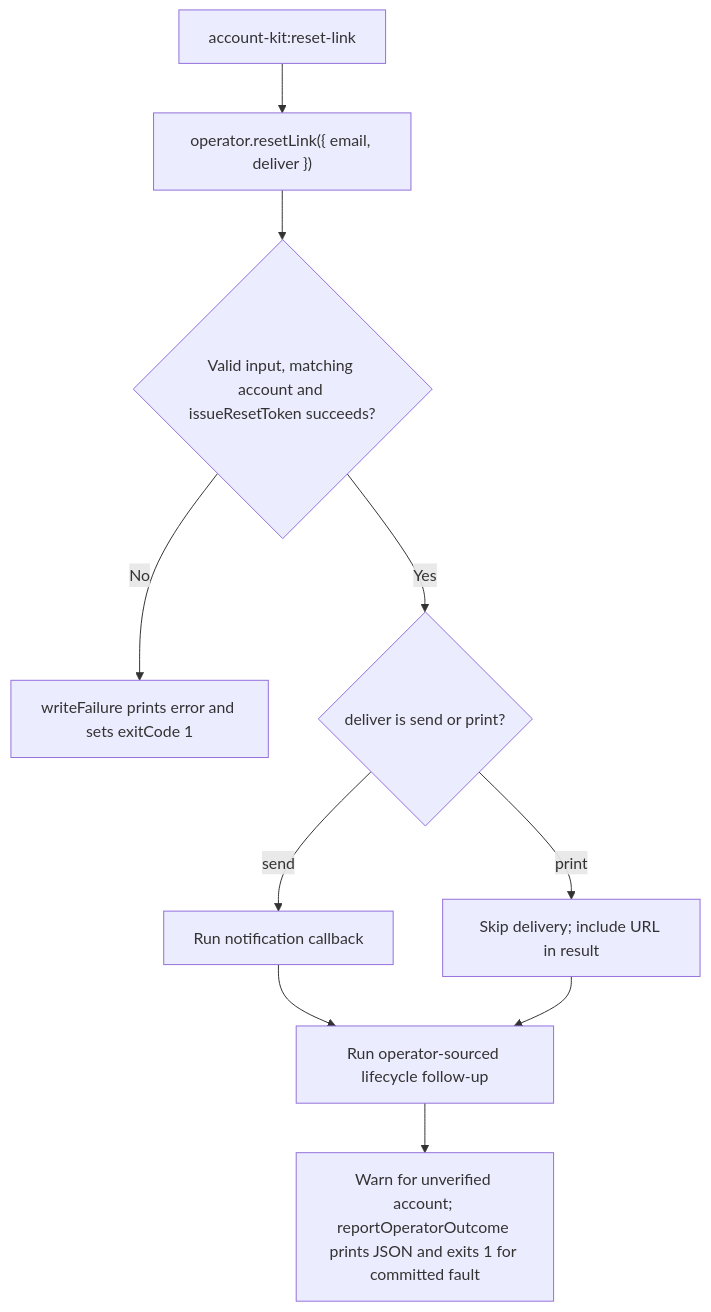
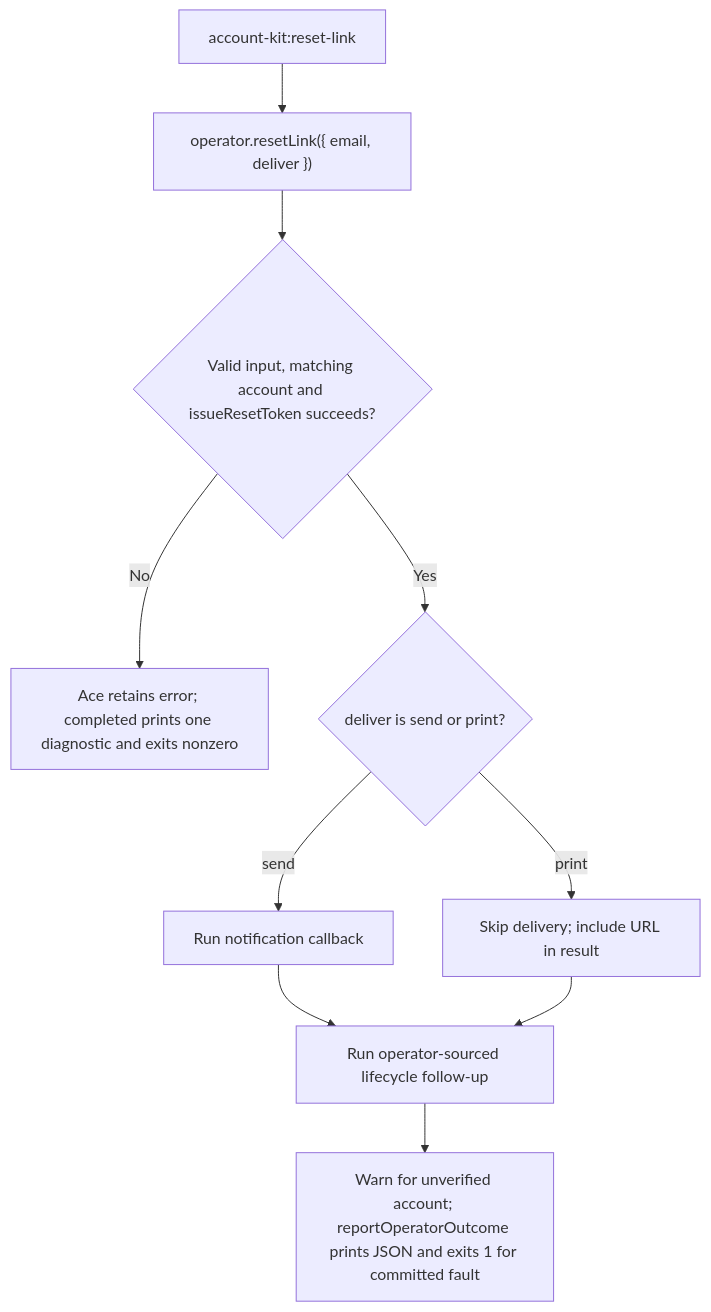
Before and after one commit to Kevinjohn/oss-adonisjs-account-kit: the second of 2 diagrams in user-stories/US-ACCOUNT-52-issue-reset-link-as-operator.md, drawn with Mermaid. The commit also changed other lines of this file and 21 other files, not shown here.

````diff
--- a/user-stories/US-ACCOUNT-52-issue-reset-link-as-operator.md
+++ b/user-stories/US-ACCOUNT-52-issue-reset-link-as-operator.md
@@ -35,12 +36,12 @@
 ```mermaid
 flowchart TD
  A["account-kit:reset-link"] --> B["operator.resetLink({ email, deliver })"]
  B --> C{"Valid input, matching account and issueResetToken succeeds?"}
- C -->|No| X["writeFailure prints error and sets exitCode 1"]
+ C -->|No| X["Ace retains error; completed prints one diagnostic and exits nonzero"]
  C -->|Yes| D{"deliver is send or print?"}
  D -->|send| E["Run notification callback"]
  D -->|print| F["Skip delivery; include URL in result"]
  E --> H["Run operator-sourced lifecycle follow-up"]
  F --> H
  H --> G["Warn for unverified account; reportOperatorOutcome prints JSON and exits 1 for committed fault"]
 ```
````
